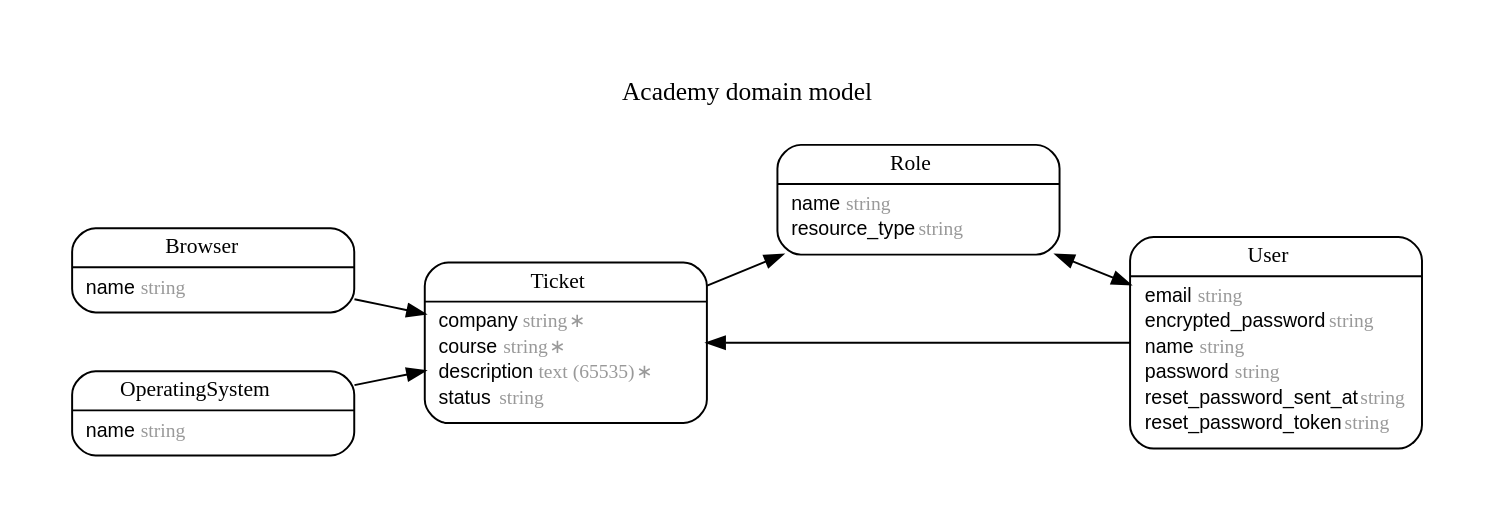
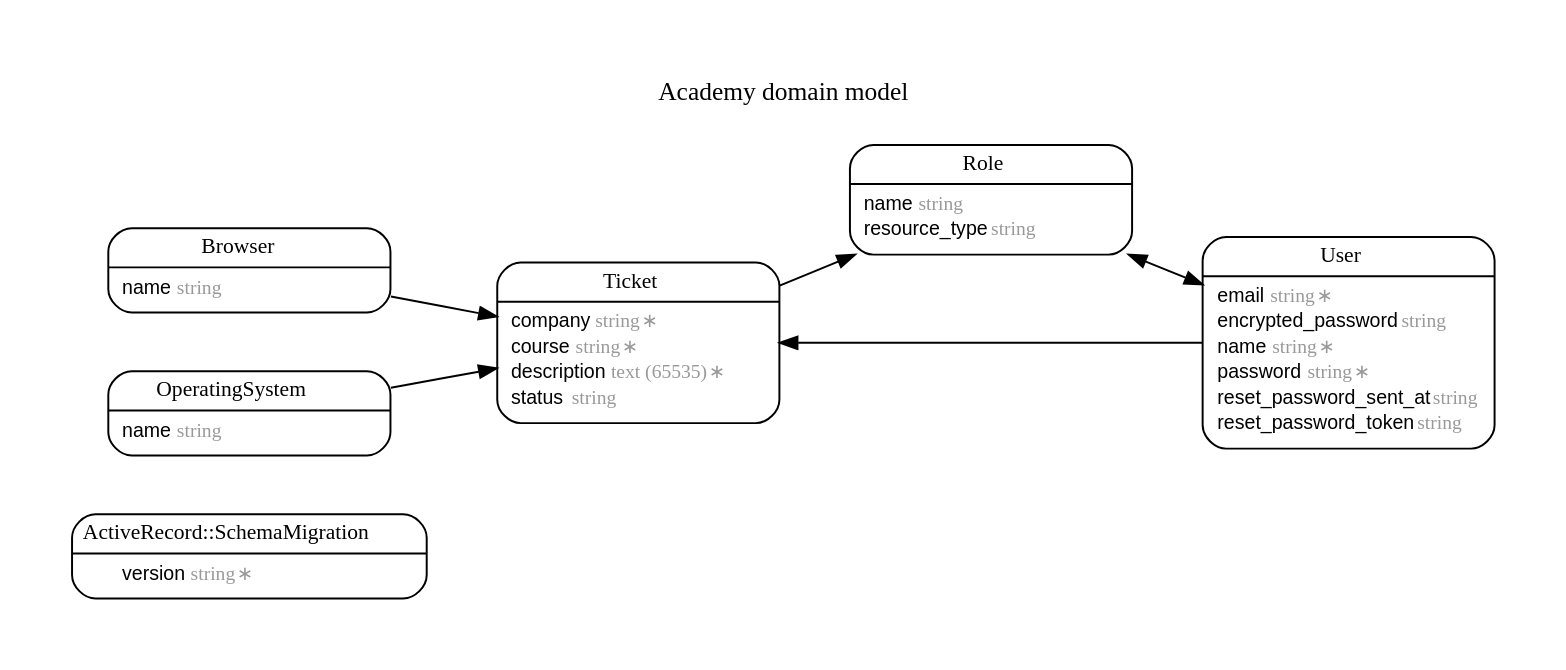
One commit to doolan12/AcademyRS changed the diagram in erd.dot. Above: the diagram before and after it, drawn with Graphviz. The commit also changed 1 other file, not shown here.

```diff
--- a/erd.dot
+++ b/erd.dot
@@ -1,70 +1,78 @@
 digraph Academy {
 rankdir = "LR";
 ranksep = "0.5";
 nodesep = "0.4";
 pad = "0.4,0.4";
 margin = "0,0";
 concentrate = "true";
 labelloc = "t";
 fontsize = "13";
 fontname = "Arial Bold";
 node[ shape  =  "Mrecord" , fontsize  =  "10" , fontname  =  "Arial" , margin  =  "0.07,0.05" , penwidth  =  "1.0"];
 edge[ fontname  =  "Arial" , fontsize  =  "7" , dir  =  "both" , arrowsize  =  "0.9" , penwidth  =  "1.0" , labelangle  =  "32" , labeldistance  =  "1.8"];
 label = "Academy domain model\n\n";
+"m_ActiveRecord::SchemaMigration" [label = <<table border="0" align="center" cellspacing="0.5" cellpadding="0" width="134">
+  <tr><td align="center" valign="bottom" width="130"><font face="Arial Bold" point-size="11">ActiveRecord::SchemaMigration</font></td></tr>
+</table>
+|
+<table border="0" align="left" cellspacing="2" cellpadding="0" width="134">
+  <tr><td align="left" width="130" port="version">version <font face="Arial Italic" color="grey60">string ∗</font></td></tr>
+</table>
+>];
 m_Browser [label = <<table border="0" align="center" cellspacing="0.5" cellpadding="0" width="134">
   <tr><td align="center" valign="bottom" width="130"><font face="Arial Bold" point-size="11">Browser</font></td></tr>
 </table>
 |
 <table border="0" align="left" cellspacing="2" cellpadding="0" width="134">
   <tr><td align="left" width="130" port="name">name <font face="Arial Italic" color="grey60">string</font></td></tr>
 </table>
 >];
 m_OperatingSystem [label = <<table border="0" align="center" cellspacing="0.5" cellpadding="0" width="134">
   <tr><td align="center" valign="bottom" width="130"><font face="Arial Bold" point-size="11">OperatingSystem</font></td></tr>
 </table>
 |
 <table border="0" align="left" cellspacing="2" cellpadding="0" width="134">
   <tr><td align="left" width="130" port="name">name <font face="Arial Italic" color="grey60">string</font></td></tr>
 </table>
 >];
 m_Role [label = <<table border="0" align="center" cellspacing="0.5" cellpadding="0" width="134">
   <tr><td align="center" valign="bottom" width="130"><font face="Arial Bold" point-size="11">Role</font></td></tr>
 </table>
 |
 <table border="0" align="left" cellspacing="2" cellpadding="0" width="134">
   <tr><td align="left" width="130" port="name">name <font face="Arial Italic" color="grey60">string</font></td></tr>
   <tr><td align="left" width="130" port="resource_type">resource_type <font face="Arial Italic" color="grey60">string</font></td></tr>
 </table>
 >];
 m_Ticket [label = <<table border="0" align="center" cellspacing="0.5" cellpadding="0" width="134">
   <tr><td align="center" valign="bottom" width="130"><font face="Arial Bold" point-size="11">Ticket</font></td></tr>
 </table>
 |
 <table border="0" align="left" cellspacing="2" cellpadding="0" width="134">
   <tr><td align="left" width="130" port="company">company <font face="Arial Italic" color="grey60">string ∗</font></td></tr>
   <tr><td align="left" width="130" port="course">course <font face="Arial Italic" color="grey60">string ∗</font></td></tr>
   <tr><td align="left" width="130" port="description">description <font face="Arial Italic" color="grey60">text (65535) ∗</font></td></tr>
   <tr><td align="left" width="130" port="status">status <font face="Arial Italic" color="grey60">string</font></td></tr>
 </table>
 >];
 m_User [label = <<table border="0" align="center" cellspacing="0.5" cellpadding="0" width="134">
   <tr><td align="center" valign="bottom" width="130"><font face="Arial Bold" point-size="11">User</font></td></tr>
 </table>
 |
 <table border="0" align="left" cellspacing="2" cellpadding="0" width="134">
-  <tr><td align="left" width="130" port="email">email <font face="Arial Italic" color="grey60">string</font></td></tr>
+  <tr><td align="left" width="130" port="email">email <font face="Arial Italic" color="grey60">string ∗</font></td></tr>
   <tr><td align="left" width="130" port="encrypted_password">encrypted_password <font face="Arial Italic" color="grey60">string</font></td></tr>
-  <tr><td align="left" width="130" port="name">name <font face="Arial Italic" color="grey60">string</font></td></tr>
-  <tr><td align="left" width="130" port="password">password <font face="Arial Italic" color="grey60">string</font></td></tr>
+  <tr><td align="left" width="130" port="name">name <font face="Arial Italic" color="grey60">string ∗</font></td></tr>
+  <tr><td align="left" width="130" port="password">password <font face="Arial Italic" color="grey60">string ∗</font></td></tr>
   <tr><td align="left" width="130" port="reset_password_sent_at">reset_password_sent_at <font face="Arial Italic" color="grey60">string</font></td></tr>
   <tr><td align="left" width="130" port="reset_password_token">reset_password_token <font face="Arial Italic" color="grey60">string</font></td></tr>
 </table>
 >];
   m_User -> m_Role [arrowhead = "normal", arrowtail = "normal", weight = "1"];
   m_User -> m_Ticket [arrowhead = "normal", arrowtail = "none", weight = "2"];
   m_Role -> m_User [arrowhead = "normal", arrowtail = "normal", weight = "1"];
   m_Ticket -> m_Role [arrowhead = "normal", arrowtail = "none", weight = "1"];
   m_OperatingSystem -> m_Ticket [arrowhead = "normal", arrowtail = "none", weight = "1"];
   m_Browser -> m_Ticket [arrowhead = "normal", arrowtail = "none", weight = "1"];
   m_User -> m_Ticket [arrowhead = "normal", arrowtail = "none", weight = "1"];
 }
```
